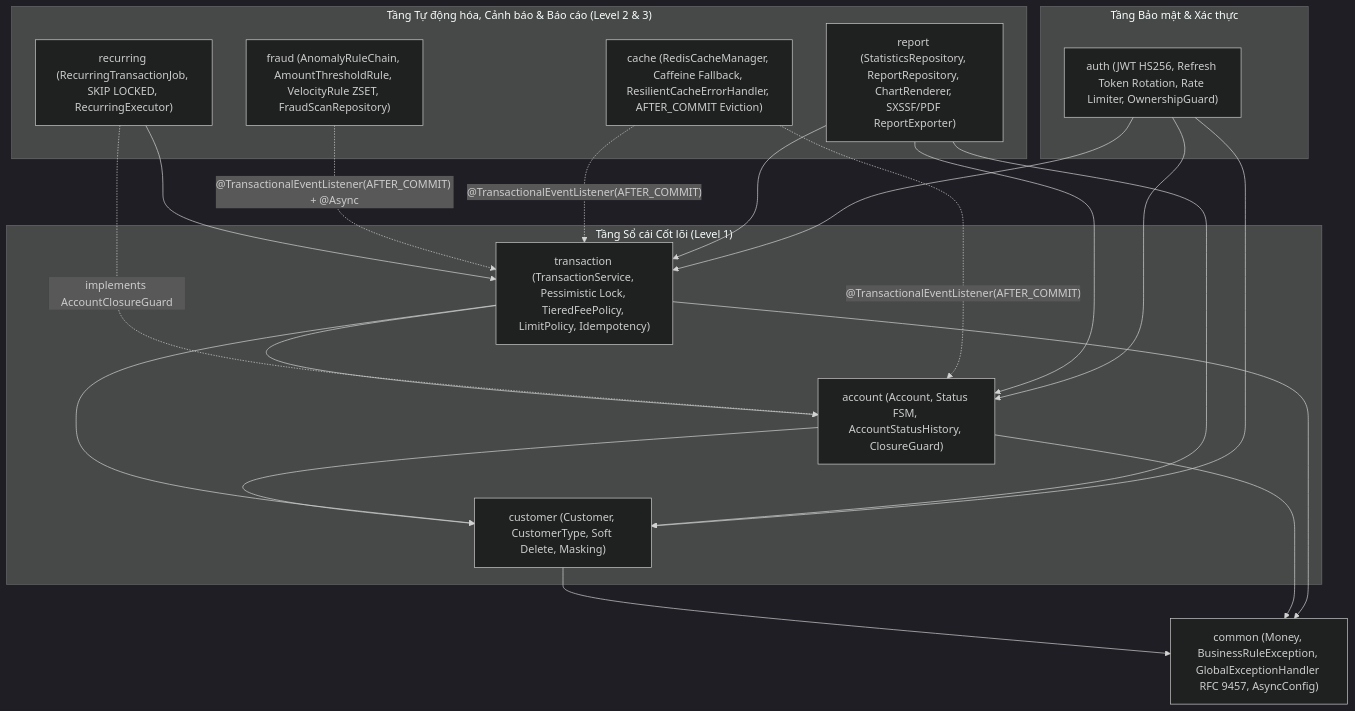
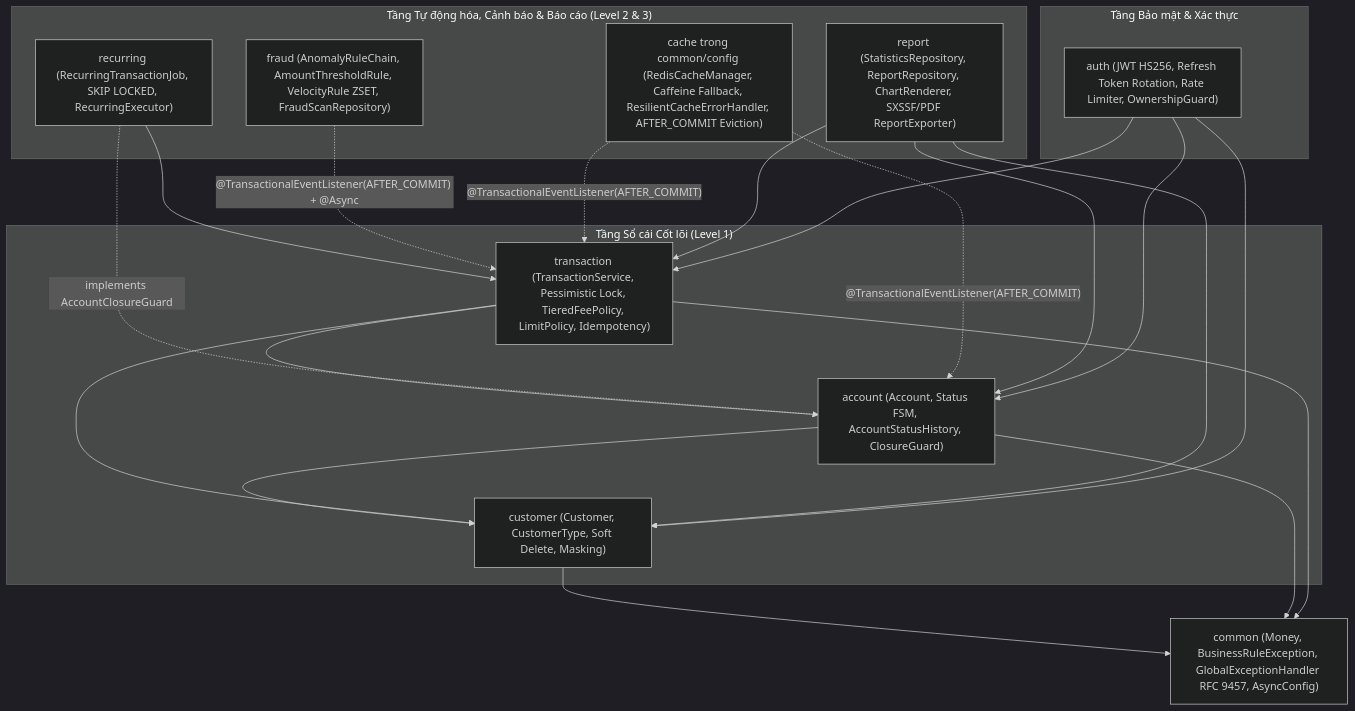
The first of 3 diagrams in docs/architecture.md (tsennguyen/corebank-java-assessment), drawn with Mermaid (dark theme) before and after one commit. The commit also changed other lines of this file and 7 other files, not shown here.

First line of the commit message:
docs: align README, architecture and perf results with the code

````diff
--- a/docs/architecture.md
+++ b/docs/architecture.md
@@ -15,39 +15,39 @@
 ```mermaid
 flowchart TD
     subgraph API_Security["Tầng Bảo mật & Xác thực"]
         AUTH["auth (JWT HS256, Refresh Token Rotation, Rate Limiter, OwnershipGuard)"]
     end
 
     subgraph Core_Ledger["Tầng Sổ cái Cốt lõi (Level 1)"]
         CUST["customer (Customer, CustomerType, Soft Delete, Masking)"]
         ACC["account (Account, Status FSM, AccountStatusHistory, ClosureGuard)"]
         TX["transaction (TransactionService, Pessimistic Lock, TieredFeePolicy, LimitPolicy, Idempotency)"]
     end
 
     subgraph Automation_Analytics["Tầng Tự động hóa, Cảnh báo & Báo cáo (Level 2 & 3)"]
         REC["recurring (RecurringTransactionJob, SKIP LOCKED, RecurringExecutor)"]
         FRAUD["fraud (AnomalyRuleChain, AmountThresholdRule, VelocityRule ZSET, FraudScanRepository)"]
         REP["report (StatisticsRepository, ReportRepository, ChartRenderer, SXSSF/PDF ReportExporter)"]
-        CACHE["cache (RedisCacheManager, Caffeine Fallback, ResilientCacheErrorHandler, AFTER_COMMIT Eviction)"]
+        CACHE["cache trong common/config (RedisCacheManager, Caffeine Fallback, ResilientCacheErrorHandler, AFTER_COMMIT Eviction)"]
     end
 
     COMMON["common (Money, BusinessRuleException, GlobalExceptionHandler RFC 9457, AsyncConfig)"]
 
     ACC --> CUST
     TX --> ACC
     TX --> CUST
     REC --> TX
     REC -. "implements AccountClosureGuard" .-> ACC
     FRAUD -. "@TransactionalEventListener(AFTER_COMMIT) + @Async" .-> TX
     CACHE -. "@TransactionalEventListener(AFTER_COMMIT)" .-> TX
     CACHE -. "@TransactionalEventListener(AFTER_COMMIT)" .-> ACC
     REP --> TX
     REP --> ACC
     REP --> CUST
     AUTH --> CUST
     AUTH --> ACC
     AUTH --> TX
     CUST --> COMMON
     ACC --> COMMON
     TX --> COMMON
 ```
````
